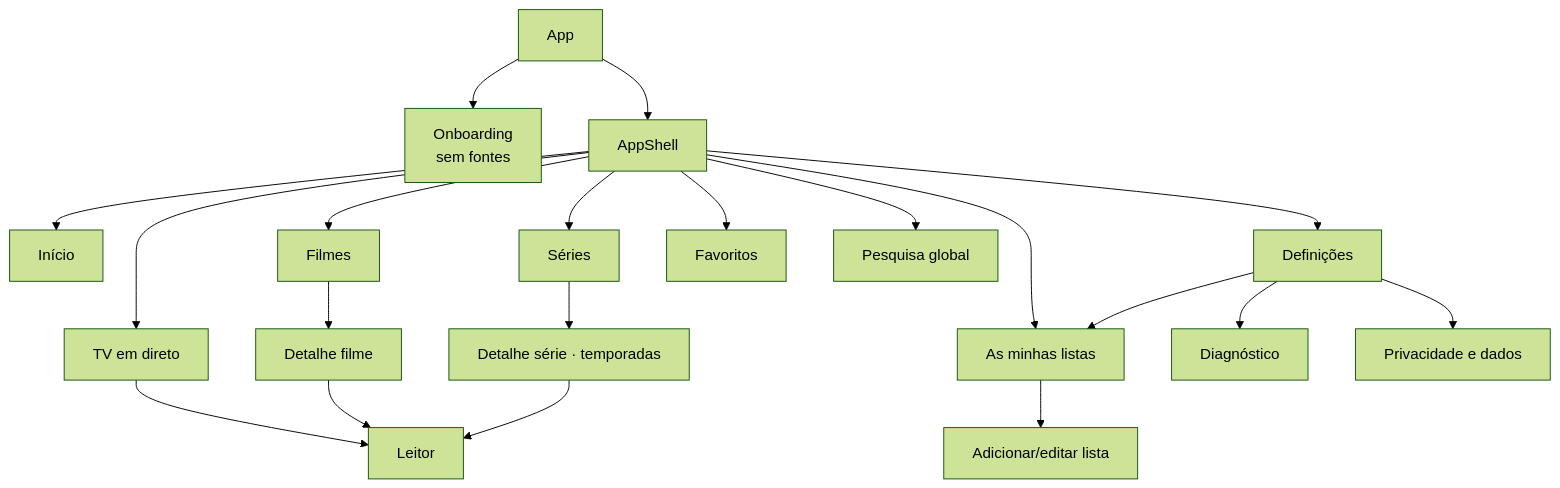
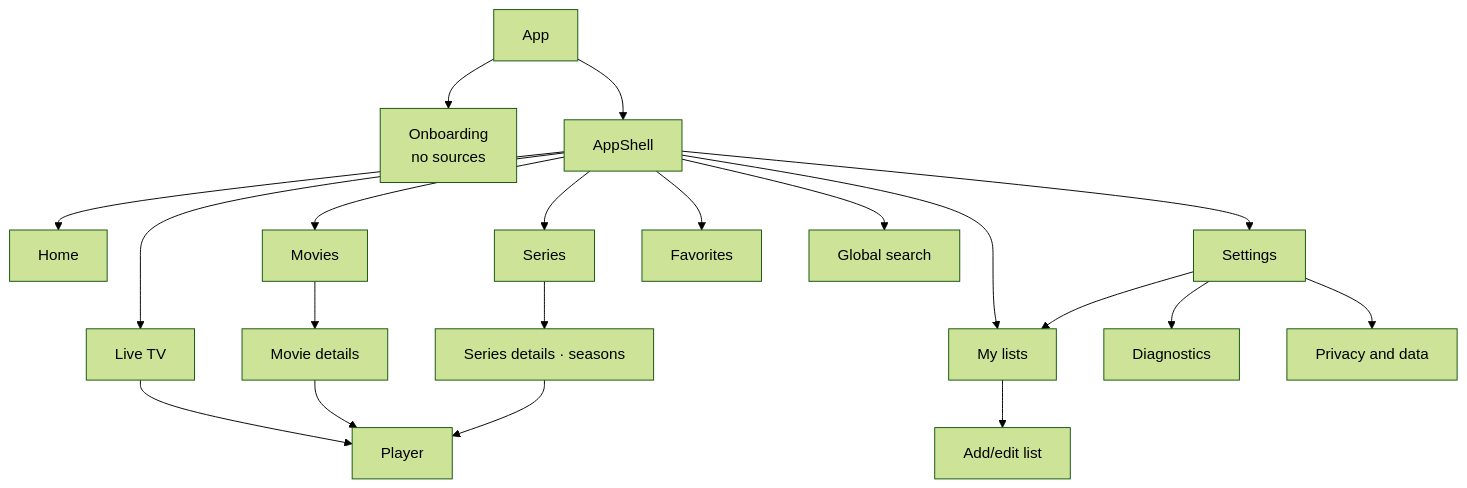
The first of 3 diagrams in docs/UX_UI.md (mariopires9/simple_iptv), drawn with Mermaid (forest theme) before and after one commit. The commit also changed other lines of this file and 4 other files, not shown here.

Commit message:
docs: translate research, architecture, decisions, product spec and UX docs to English

````diff
--- a/docs/UX_UI.md
+++ b/docs/UX_UI.md
@@ -50,19 +51,19 @@
 ```mermaid
 flowchart TB
-  Root[App] --> On[Onboarding<br/>sem fontes]
+  Root[App] --> On[Onboarding<br/>no sources]
   Root --> Shell[AppShell]
-  Shell --> Home[Início]
-  Shell --> Live[TV em direto]
-  Shell --> Mov[Filmes]
-  Shell --> Ser[Séries]
-  Shell --> Fav[Favoritos]
-  Shell --> Search[Pesquisa global]
-  Shell --> Lists[As minhas listas] --> SrcForm[Adicionar/editar lista]
-  Shell --> Set[Definições]
+  Shell --> Home[Home]
+  Shell --> Live[Live TV]
+  Shell --> Mov[Movies]
+  Shell --> Ser[Series]
+  Shell --> Fav[Favorites]
+  Shell --> Search[Global search]
+  Shell --> Lists[My lists] --> SrcForm[Add/edit list]
+  Shell --> Set[Settings]
   Set --> Lists
-  Set --> Diag[Diagnóstico]
-  Set --> Priv[Privacidade e dados]
-  Live --> Player[Leitor]
-  Mov --> MovD[Detalhe filme] --> Player
-  Ser --> SerD[Detalhe série · temporadas] --> Player
+  Set --> Diag[Diagnostics]
+  Set --> Priv[Privacy and data]
+  Live --> Player[Player]
+  Mov --> MovD[Movie details] --> Player
+  Ser --> SerD[Series details · seasons] --> Player
 ```
````
